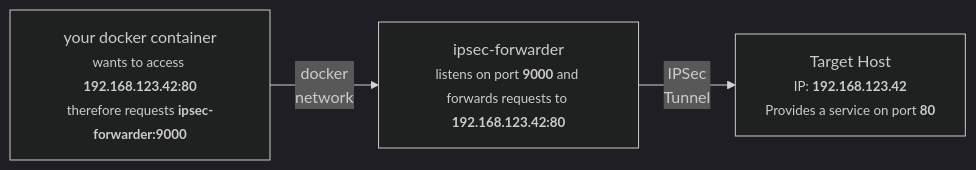
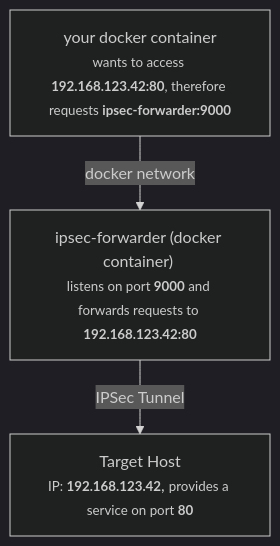
One commit to knrdl/ipsec-forwarder changed the diagram in README.md. Above: the diagram before and after it, drawn with Mermaid (dark theme).

````diff
--- a/README.md
+++ b/README.md
@@ -7,9 +7,9 @@
 ```mermaid
-graph LR
-a[your docker container<br><small>wants to access <b>192.168.123.42:80</b></small><br><small>therefore requests <b>ipsec-forwarder:9000</b></small>]
-b[ipsec-forwarder<br><small>listens on port <b>9000</b> and <br>forwards requests to <b>192.168.123.42:80</b></small>]
-c[Target Host<br><small>IP: <b>192.168.123.42</b></small><br><small>Provides a service on port <b>80</b></small>]
+graph TB
+a[your docker container<br><small>wants to access <b>192.168.123.42:80</b>, therefore requests <b>ipsec-forwarder:9000</b></small>]
+b["ipsec-forwarder (docker container) <br><small>listens on port <b>9000</b> and forwards requests to <b>192.168.123.42:80</b></small>"]
+c[Target Host<br><small>IP: <b>192.168.123.42</b></small>, <small>provides a service on port <b>80</b></small>]
 
-a-->|docker<br>network| b
-b-->|IPSec<br>Tunnel| c
+a-->|docker network| b
+b-->|IPSec Tunnel| c
 ```
````
